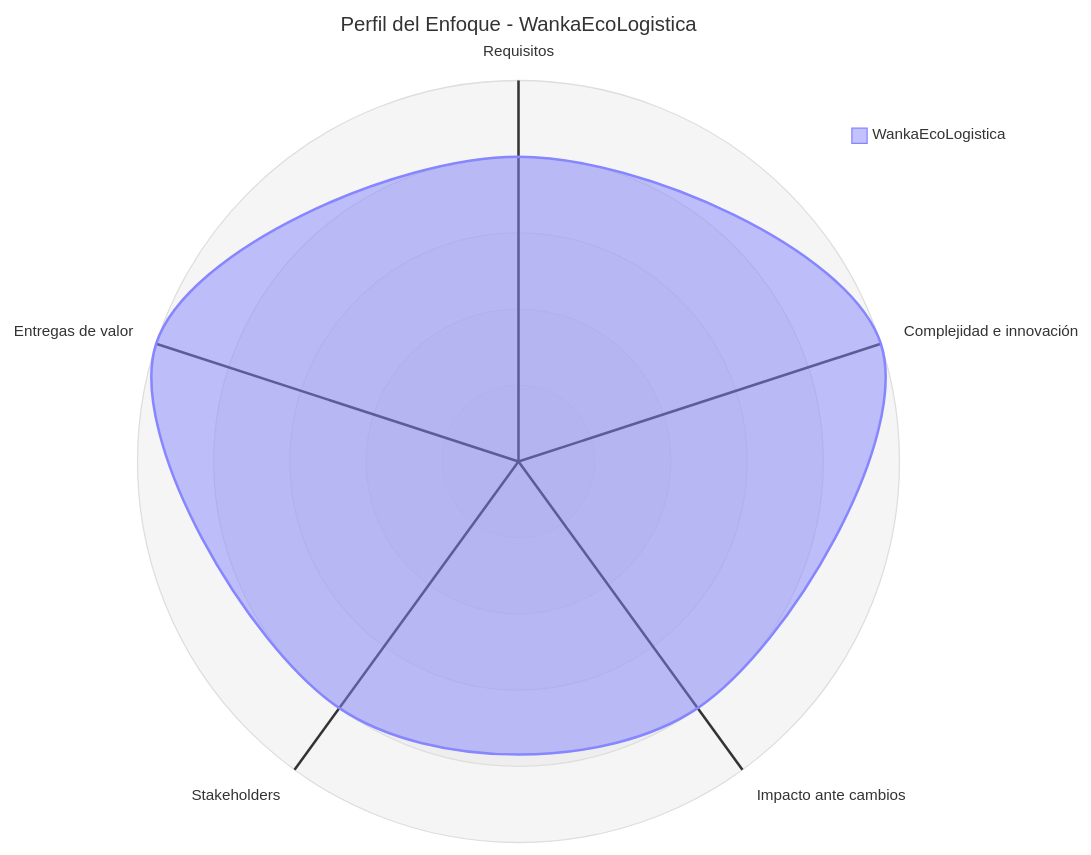
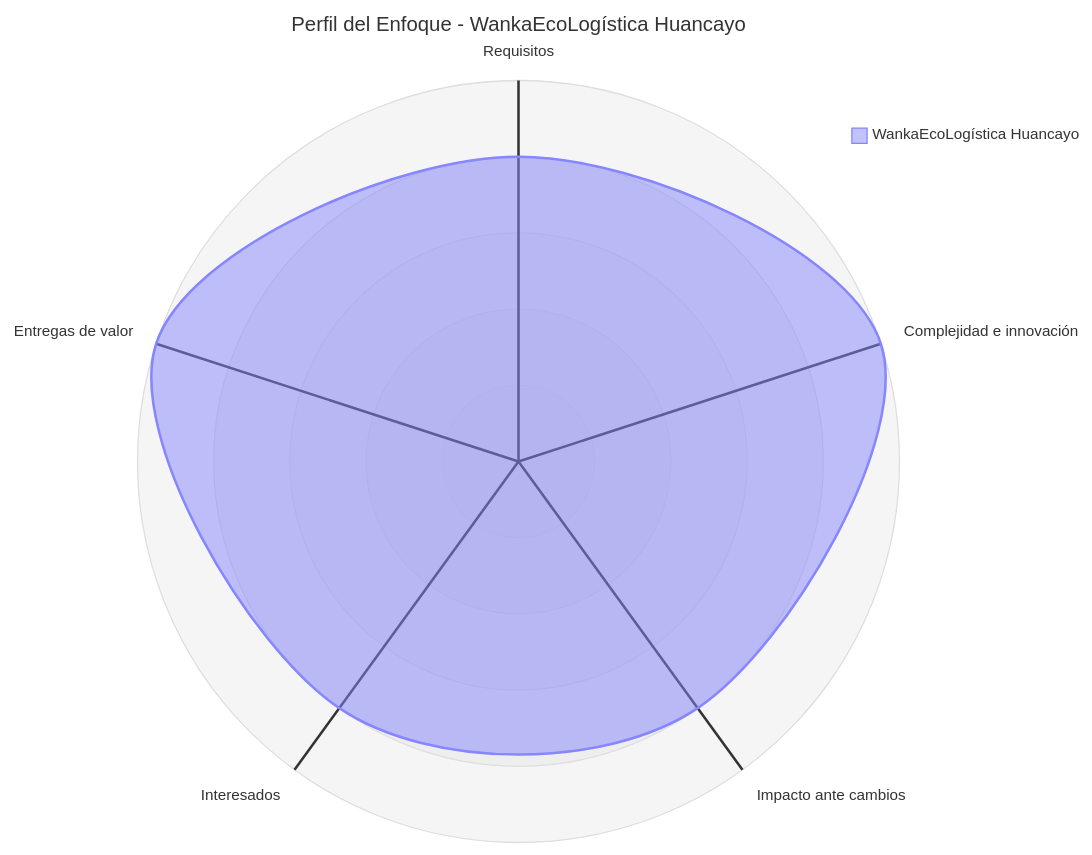
One commit to Nario1/WankaEcoLogistica changed the diagram in docs/01 Inicio/01. Selección del enfoque del proyecto V_1_0_0.md. Above: the diagram before and after it, drawn with Mermaid. The commit also changed other lines of this file and 4 other files, not shown here.

````diff
--- a/docs/01 Inicio/01. Selección del enfoque del proyecto V_1_0_0.md
+++ b/docs/01 Inicio/01. Selección del enfoque del proyecto V_1_0_0.md
@@ -73,8 +67,8 @@
 ```mermaid
 radar-beta
-    title Perfil del Enfoque - WankaEcoLogistica
-    axis requisitos["Requisitos"], complejidad["Complejidad e innovación"], cambios["Impacto ante cambios"], interesados["Stakeholders"], entregas["Entregas de valor"]
-    curve proyecto["WankaEcoLogistica"]{4, 5, 4, 4, 5}
+    title Perfil del Enfoque - WankaEcoLogística Huancayo
+    axis requisitos["Requisitos"], complejidad["Complejidad e innovación"], cambios["Impacto ante cambios"], interesados["Interesados"], entregas["Entregas de valor"]
+    curve proyecto["WankaEcoLogística Huancayo"]{4, 5, 4, 4, 5}
     max 5
     min 0
 ```
````
